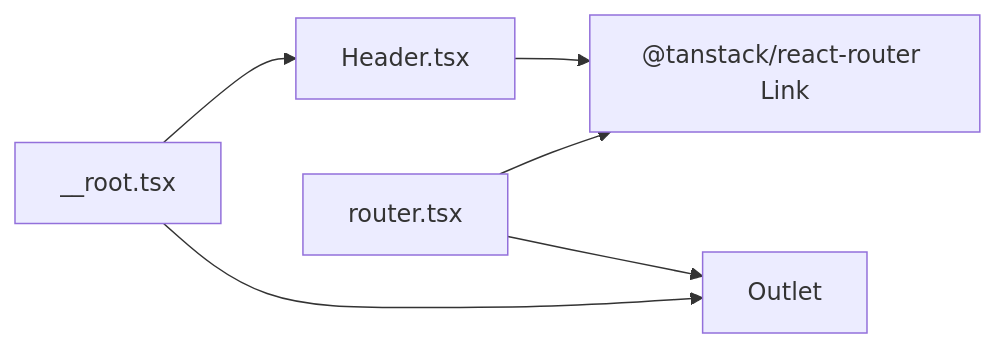
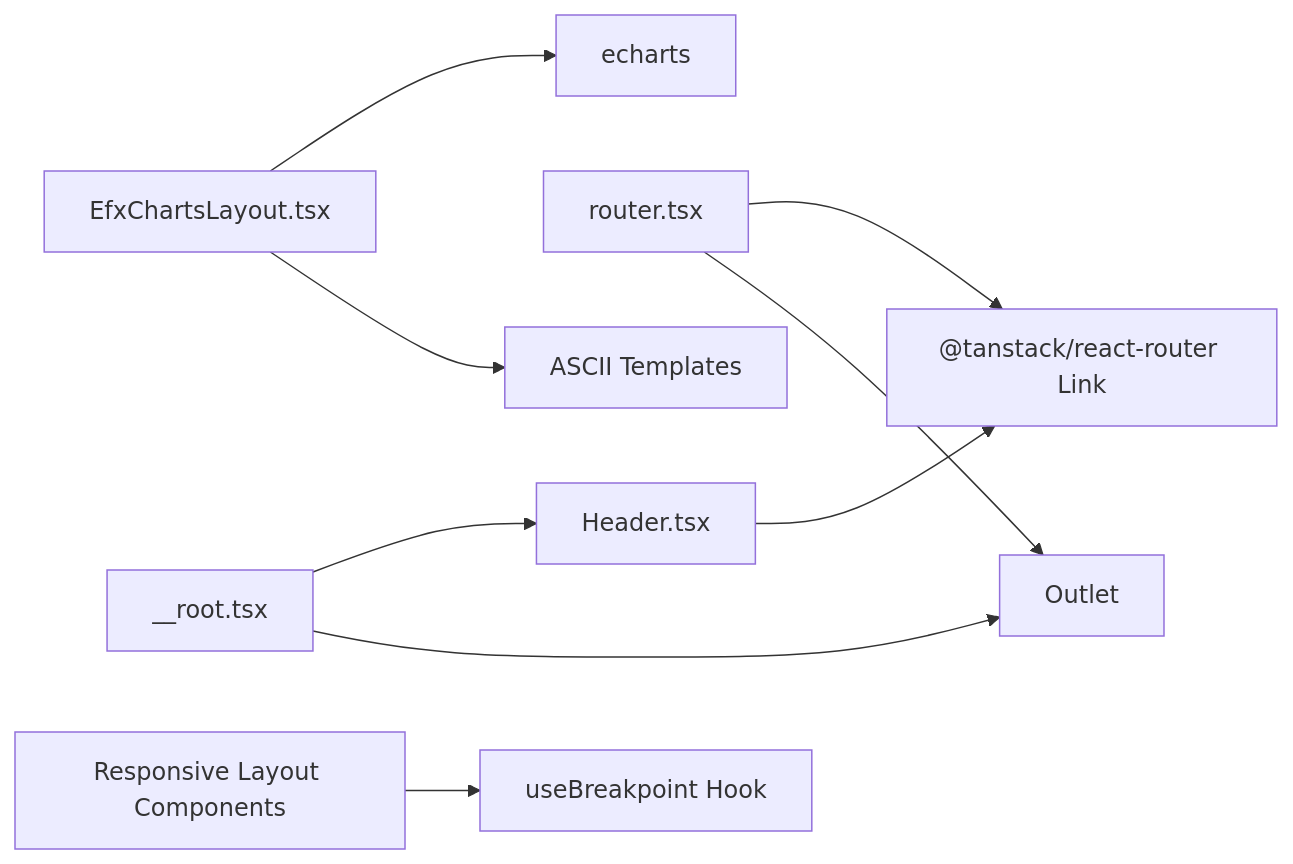
The seventh of 7 diagrams in .qoder/repowiki/en/content/Core Concepts/Layout Management.md (electroheadfx/efx-libs), drawn with Mermaid before and after one commit. The commit also changed other lines of this file and 5 other files, not shown here.

First line of the commit message:
refactor(efx-charts): simplify deferred data handling and clean chart props

````diff
--- a/.qoder/repowiki/en/content/Core Concepts/Layout Management.md
+++ b/.qoder/repowiki/en/content/Core Concepts/Layout Management.md
@@ -176,8 +262,11 @@
 ```mermaid
 graph LR
 Header["Header.tsx"] --> Link["@tanstack/react-router Link"]
 Root["__root.tsx"] --> Header
 Root --> Outlet["Outlet"]
 Router["router.tsx"] --> Link
 Router --> Outlet
+EfxChartsLayout["EfxChartsLayout.tsx"] --> ECharts["echarts"]
+EfxChartsLayout --> Template["ASCII Templates"]
+ResponsiveLayout["Responsive Layout Components"] --> Breakpoint["useBreakpoint Hook"]
 ```
````
